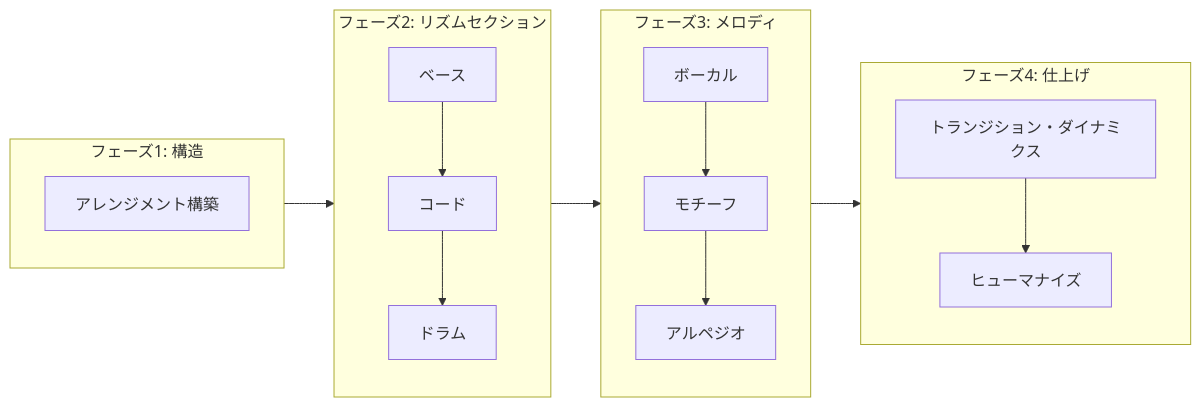
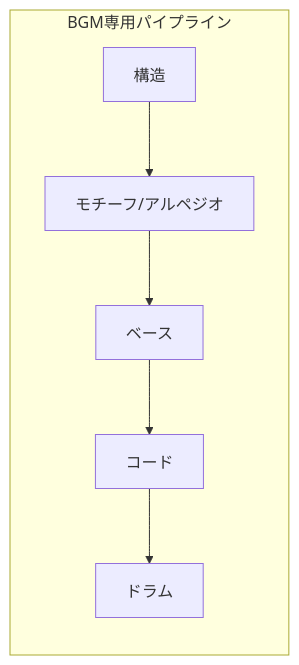
The second of 7 diagrams in src/ja/docs/generation-pipeline.md (libraz/midi-sketch-homepage), drawn with Mermaid before and after one commit. The commit also changed other lines of this file and 16 other files, not shown here.

````diff
--- a/src/ja/docs/generation-pipeline.md
+++ b/src/ja/docs/generation-pipeline.md
@@ -7,22 +33,9 @@
 ```mermaid
 flowchart LR
-    subgraph Phase1 ["フェーズ1: 構造"]
-        P1["アレンジメント構築"]
+    subgraph BGMMode ["BGM専用パイプライン"]
+        B1["構造"] --> B2["モチーフ/アルペジオ"]
+        B2 --> B3["ベース"]
+        B3 --> B4["コード"]
+        B4 --> B5["ドラム"]
     end
-
-    subgraph Phase2 ["フェーズ2: リズムセクション"]
-        P2A["ベース"] --> P2B["コード"]
-        P2B --> P2C["ドラム"]
-    end
-
-    subgraph Phase3 ["フェーズ3: メロディ"]
-        P3A["ボーカル"] --> P3B["モチーフ"]
-        P3B --> P3C["アルペジオ"]
-    end
-
-    subgraph Phase4 ["フェーズ4: 仕上げ"]
-        P4A["トランジション・ダイナミクス"] --> P4B["ヒューマナイズ"]
-    end
-
-    Phase1 --> Phase2 --> Phase3 --> Phase4
 ```
````
